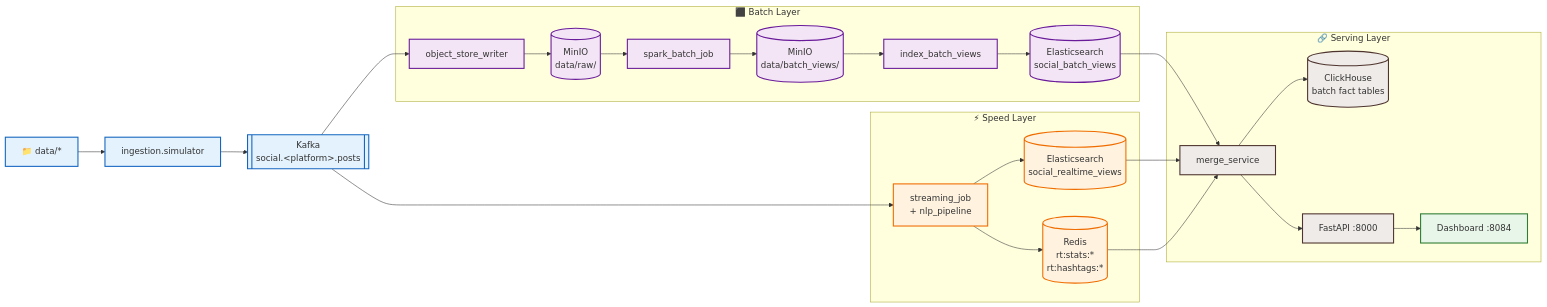
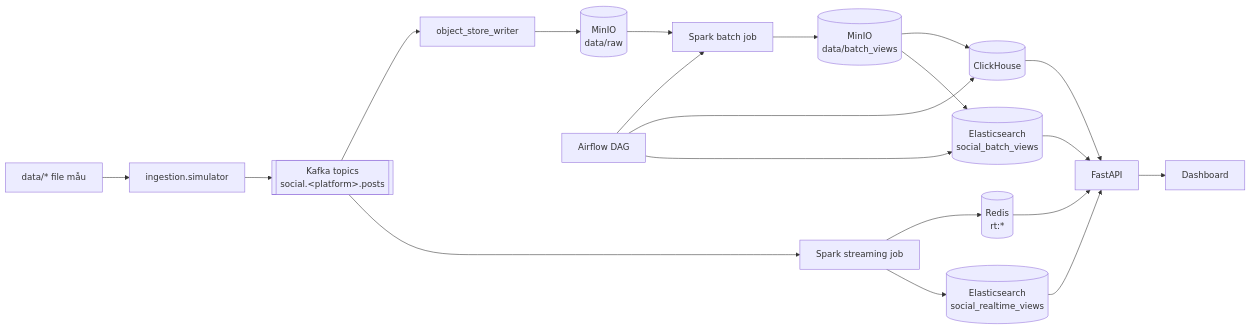
One commit to vohuutridung/IT4931 changed the diagram in README.md. Above: the diagram before and after it, drawn with Mermaid. The commit also changed other lines of this file and 30 other files, not shown here.

Commit message:
Fix pipeline cleanup and realtime hashtag handling

````diff
--- a/README.md
+++ b/README.md
@@ -27,42 +9,26 @@
 ```mermaid
 flowchart LR
-    %% Styling definitions
-    classDef ingestion fill:#e3f2fd,stroke:#1565c0,stroke-width:2px;
-    classDef speed fill:#fff3e0,stroke:#ef6c00,stroke-width:2px;
-    classDef batch fill:#f3e5f5,stroke:#6a1b9a,stroke-width:2px;
-    classDef serving fill:#efebe9,stroke:#4e342e,stroke-width:2px;
-    classDef visualize fill:#e8f5e9,stroke:#2e7d32,stroke-width:2px;
+    DATA["data/* file mẫu"] --> SIM["ingestion.simulator"]
+    SIM --> KAFKA[["Kafka topics<br/>social.&lt;platform&gt;.posts"]]
 
-    DATA["📁 data/*"]:::ingestion
-    SIM["ingestion.simulator"]:::ingestion
-    KAFKA[["Kafka<br/>social.&lt;platform&gt;.posts"]]:::ingestion
+    KAFKA --> WRITER["object_store_writer"]
+    WRITER --> RAW[("MinIO<br/>data/raw")]
+    RAW --> BATCH["Spark batch job"]
+    BATCH --> BATCHVIEWS[("MinIO<br/>data/batch_views")]
+    BATCHVIEWS --> CH[("ClickHouse")]
+    BATCHVIEWS --> ESB[("Elasticsearch<br/>social_batch_views")]
 
-    subgraph batch["⬛ Batch Layer"]
-        OSW["object_store_writer"]:::batch
-        RAW[("MinIO<br/>data/raw/")]:::batch
-        SPARK["spark_batch_job"]:::batch
-        BV[("MinIO<br/>data/batch_views/")]:::batch
-        IDX["index_batch_views"]:::batch
-        ES_B[("Elasticsearch<br/>social_batch_views")]:::batch
-    end
+    KAFKA --> STREAM["Spark streaming job"]
+    STREAM --> REDIS[("Redis<br/>rt:*")]
+    STREAM --> ESRT[("Elasticsearch<br/>social_realtime_views")]
 
-    subgraph speed["⚡ Speed Layer"]
-        STREAM["streaming_job<br/>+ nlp_pipeline"]:::speed
-        REDIS[("Redis<br/>rt:stats:*<br/>rt:hashtags:*")]:::speed
-        ES_RT[("Elasticsearch<br/>social_realtime_views")]:::speed
-    end
+    ESB --> API["FastAPI"]
+    ESRT --> API
+    REDIS --> API
+    CH --> API
+    API --> DASH["Dashboard"]
 
-    subgraph serving["🔗 Serving Layer"]
-        MERGE["merge_service"]:::serving
-        CH[("ClickHouse<br/>batch fact tables")]:::serving
-        API["FastAPI :8000"]:::serving
-        DASH["Dashboard :8084"]:::visualize
-    end
-
-    DATA --> SIM --> KAFKA
-    KAFKA --> OSW --> RAW --> SPARK --> BV --> IDX --> ES_B
-    KAFKA --> STREAM --> REDIS & ES_RT
-    ES_B & ES_RT & REDIS --> MERGE
-    MERGE --> API --> DASH
-    MERGE --> CH
+    AIRFLOW["Airflow DAG"] --> BATCH
+    AIRFLOW --> CH
+    AIRFLOW --> ESB
 ```
````
